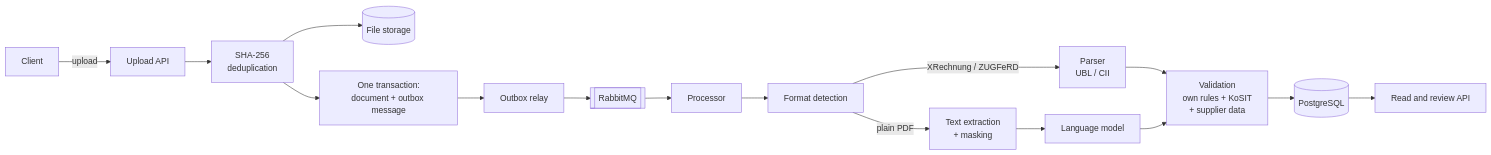
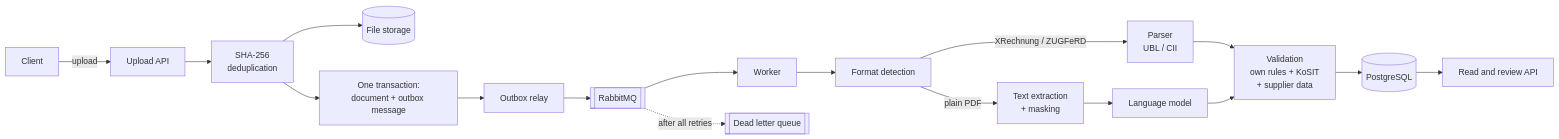
The diagram in README.md (newways-dev/dewtally), drawn with Mermaid before and after one commit. The commit also changed other lines of this file and 17 other files, not shown here.

````diff
--- a/README.md
+++ b/README.md
@@ -42,18 +45,19 @@
 ```mermaid
 flowchart LR
     U[Client] -->|upload| API[Upload API]
     API --> H[SHA-256<br/>deduplication]
     H --> S[(File storage)]
     H --> T[One transaction:<br/>document + outbox message]
     T --> O[Outbox relay]
     O --> Q[[RabbitMQ]]
-    Q --> W[Processor]
+    Q --> W[Worker]
+    Q -.->|after all retries| D[[Dead letter queue]]
     W --> F[Format detection]
     F -->|XRechnung / ZUGFeRD| P[Parser<br/>UBL / CII]
     F -->|plain PDF| X[Text extraction<br/>+ masking]
     X --> L[Language model]
     P --> V[Validation<br/>own rules + KoSIT<br/>+ supplier data]
     L --> V
     V --> DB[(PostgreSQL)]
     DB --> R[Read and review API]
 ```
````
